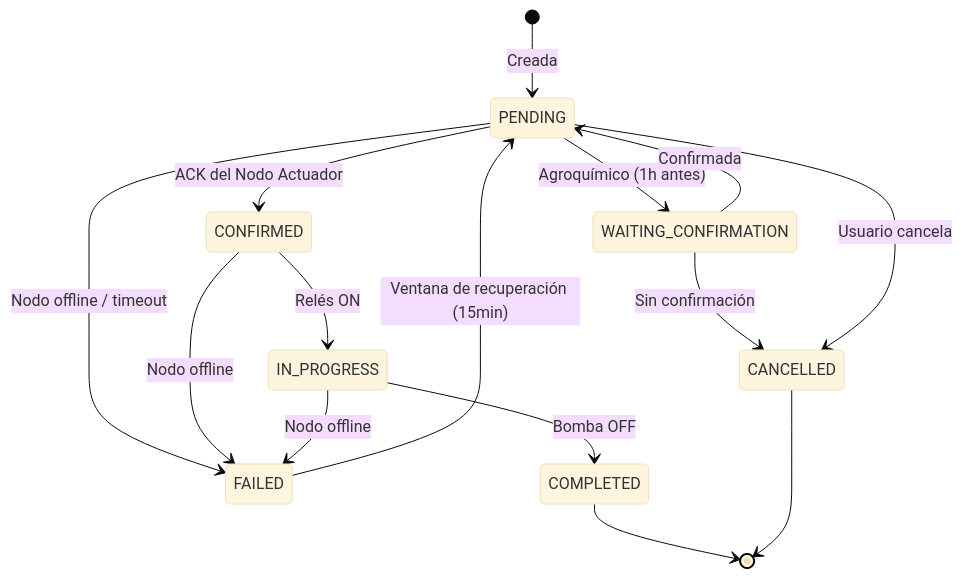
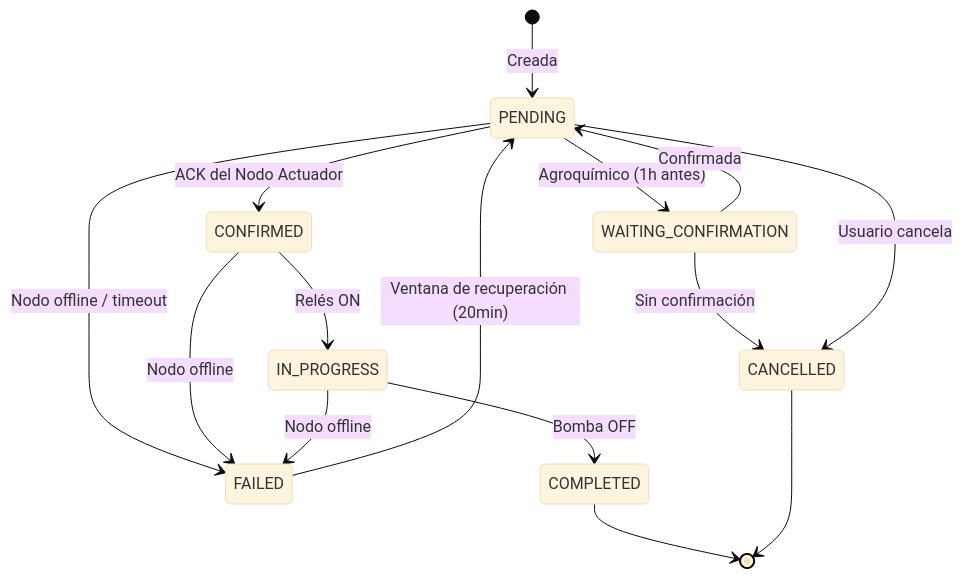
One commit to JulioFlors/orchidium-project changed the second of 3 diagrams in docs/operations_architecture.md. Above: the diagram before and after it, drawn with Mermaid (base theme). The commit also changed other lines of this file and 34 other files, not shown here.

````diff
--- a/docs/operations_architecture.md
+++ b/docs/operations_architecture.md
@@ -49,17 +49,17 @@
 ```mermaid
 stateDiagram-v2
     [*] --> PENDING: Creada
     PENDING --> WAITING_CONFIRMATION: Agroquímico (1h antes)
     WAITING_CONFIRMATION --> CANCELLED: Sin confirmación
     WAITING_CONFIRMATION --> PENDING: Confirmada
     PENDING --> CONFIRMED: ACK del Nodo Actuador
     PENDING --> FAILED: Nodo offline / timeout
     PENDING --> CANCELLED: Usuario cancela
     CONFIRMED --> IN_PROGRESS: Relés ON
     CONFIRMED --> FAILED: Nodo offline
     IN_PROGRESS --> COMPLETED: Bomba OFF
     IN_PROGRESS --> FAILED: Nodo offline
     COMPLETED --> [*]
-    FAILED --> PENDING: Ventana de recuperación (15min)
+    FAILED --> PENDING: Ventana de recuperación (20min)
     CANCELLED --> [*]
 ```
````
